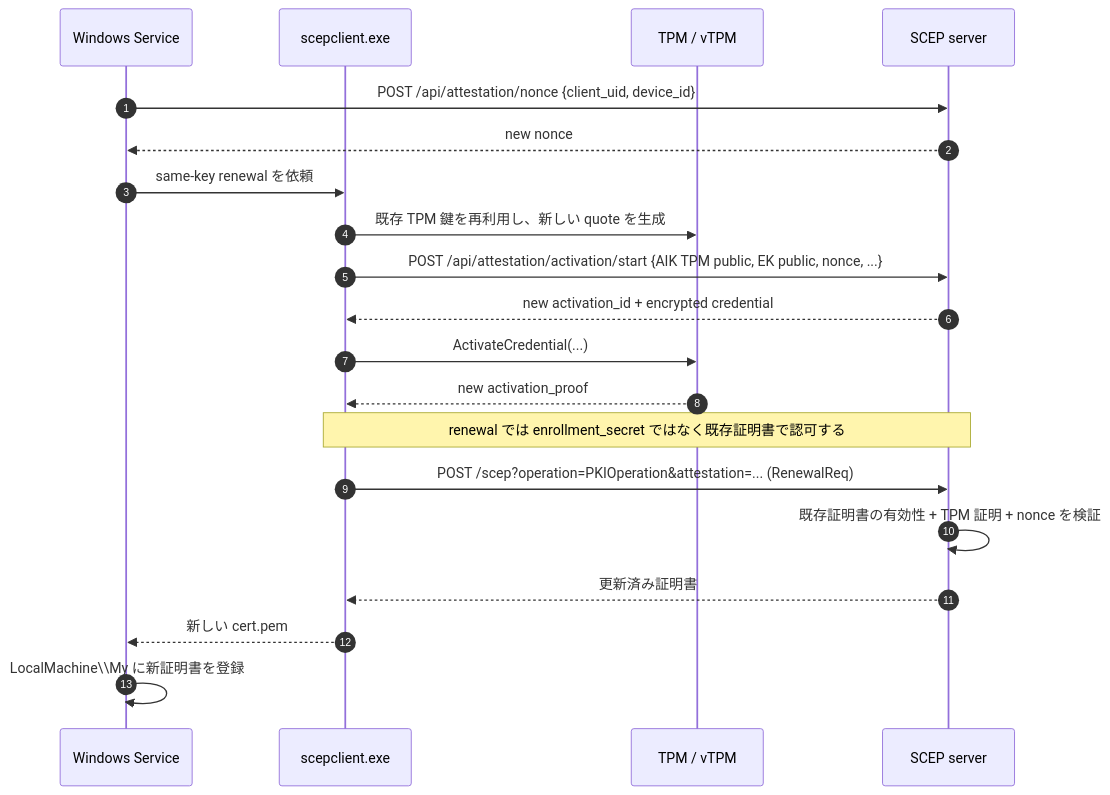
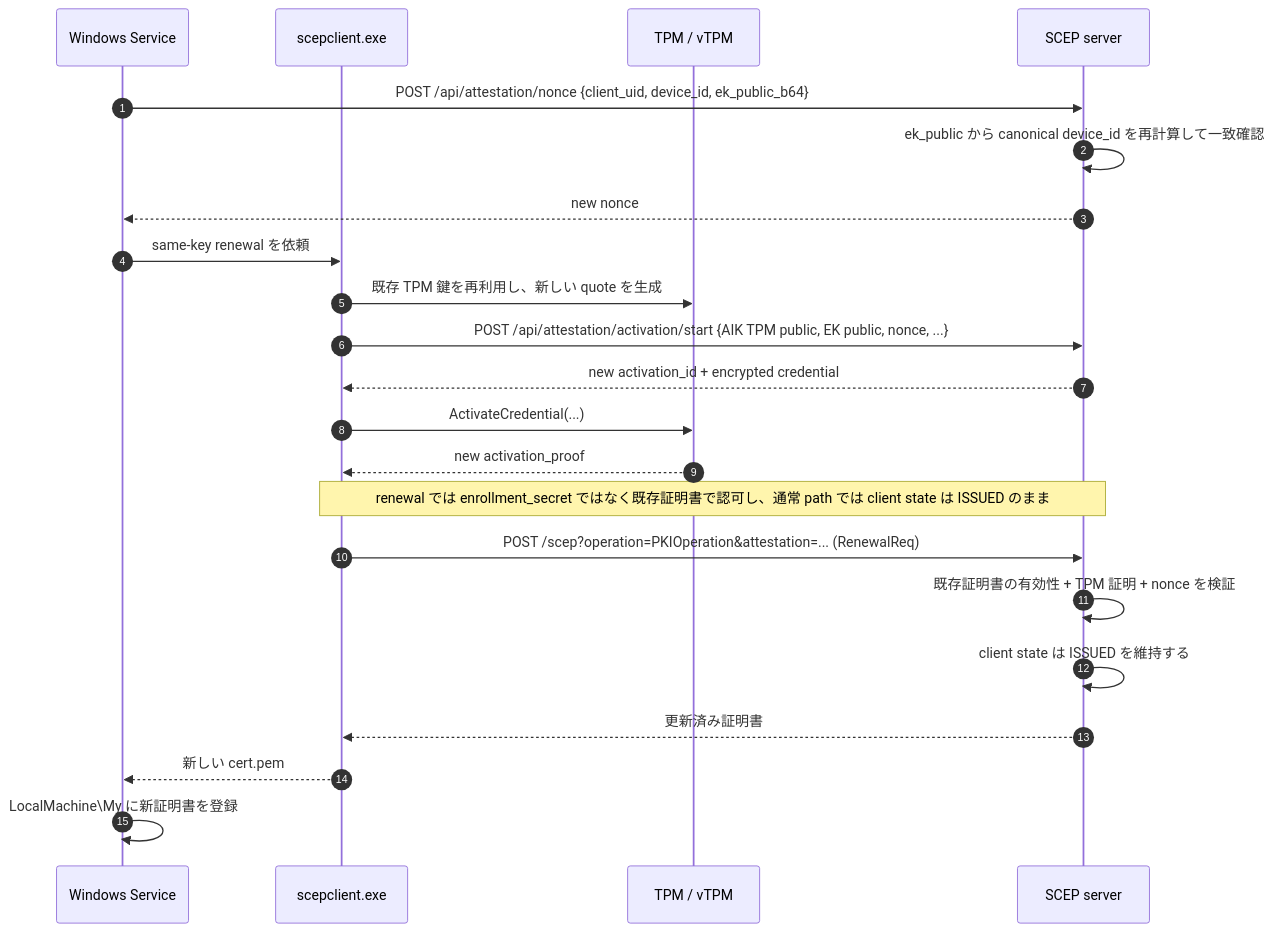
One commit to procube-open/scep changed the second of 2 diagrams in WINDOWS_SCEP_FLOW.md. Above: the diagram before and after it, drawn with Mermaid. The commit also changed other lines of this file and 40 other files, not shown here.

````diff
--- a/WINDOWS_SCEP_FLOW.md
+++ b/WINDOWS_SCEP_FLOW.md
@@ -464,23 +561,25 @@
 ```mermaid
 sequenceDiagram
     autonumber
     participant Service as Windows Service
     participant Helper as scepclient.exe
     participant TPM as TPM / vTPM
     participant Server as SCEP server
 
-    Service->>Server: POST /api/attestation/nonce {client_uid, device_id}
+    Service->>Server: POST /api/attestation/nonce {client_uid, device_id, ek_public_b64}
+    Server->>Server: ek_public から canonical device_id を再計算して一致確認
     Server-->>Service: new nonce
     Service->>Helper: same-key renewal を依頼
     Helper->>TPM: 既存 TPM 鍵を再利用し、新しい quote を生成
     Helper->>Server: POST /api/attestation/activation/start {AIK TPM public, EK public, nonce, ...}
     Server-->>Helper: new activation_id + encrypted credential
     Helper->>TPM: ActivateCredential(...)
     TPM-->>Helper: new activation_proof
-    Note over Helper,Server: renewal では enrollment_secret ではなく既存証明書で認可する
+    Note over Helper,Server: renewal では enrollment_secret ではなく既存証明書で認可し、通常 path では client state は ISSUED のまま
     Helper->>Server: POST /scep?operation=PKIOperation&attestation=... (RenewalReq)
     Server->>Server: 既存証明書の有効性 + TPM 証明 + nonce を検証
+    Server->>Server: client state は ISSUED を維持する
     Server-->>Helper: 更新済み証明書
     Helper-->>Service: 新しい cert.pem
-    Service->>Service: LocalMachine\\My に新証明書を登録
+    Service->>Service: LocalMachine\My に新証明書を登録
 ```
````
